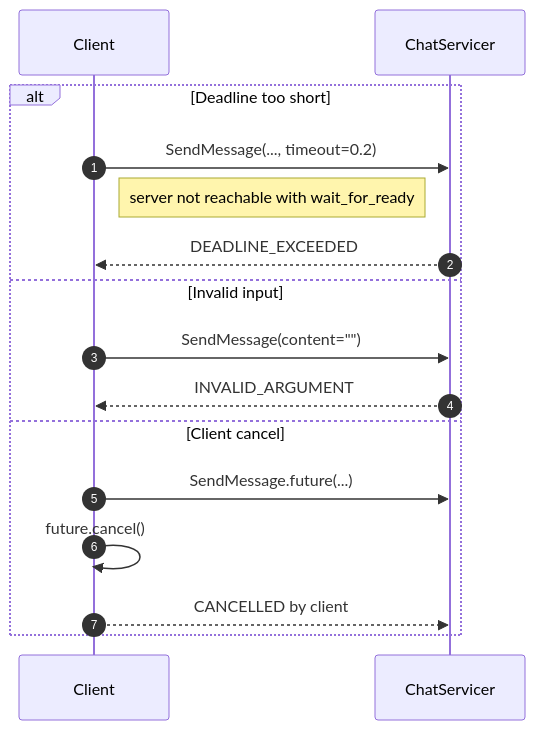
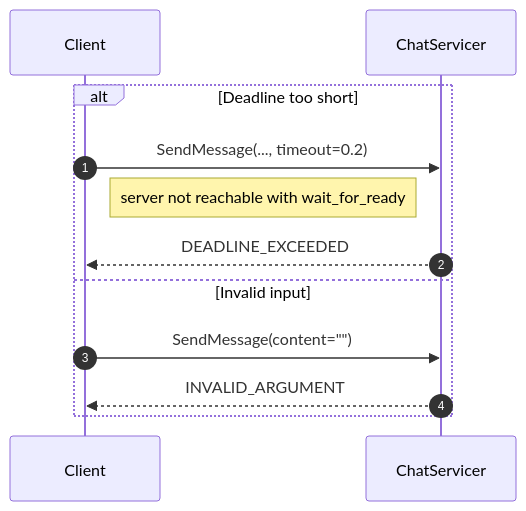
One commit to diabababa/gRPC-101 changed the sixth of 7 diagrams in tutorial/exercises/README.md. Above: the diagram before and after it, drawn with Mermaid. The commit also changed other lines of this file and 3 other files, not shown here.

````diff
--- a/tutorial/exercises/README.md
+++ b/tutorial/exercises/README.md
@@ -850,19 +848,15 @@
 ```mermaid
 sequenceDiagram
     autonumber
     participant C as Client
     participant S as ChatServicer
 
     alt Deadline too short
         C->>S: SendMessage(..., timeout=0.2)
         Note right of C: server not reachable with wait_for_ready
         S-->>C: DEADLINE_EXCEEDED
     else Invalid input
         C->>S: SendMessage(content="")
         S-->>C: INVALID_ARGUMENT
-    else Client cancel
-        C->>S: SendMessage.future(...)
-        C->>C: future.cancel()
-        C-->>S: CANCELLED by client
     end
 ```
````
